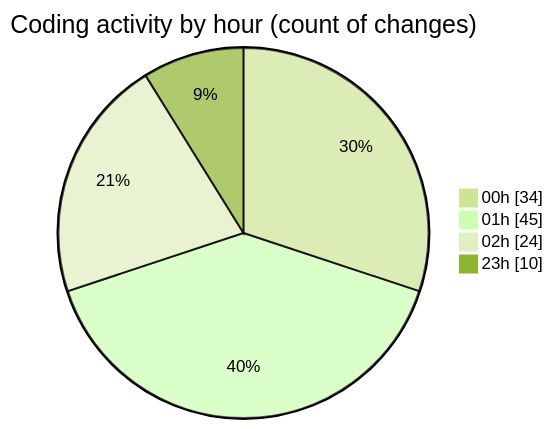
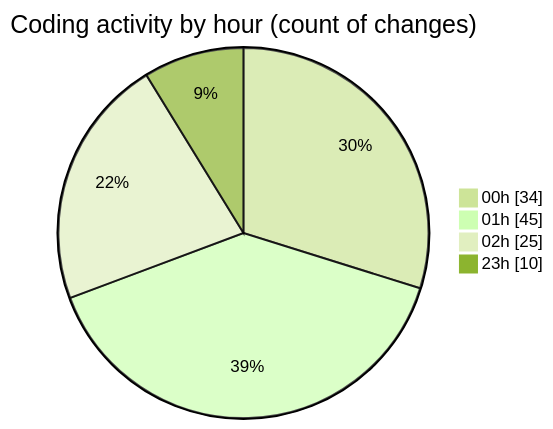
One commit to lephambinh05/code-tracking changed the second of 2 diagrams in 2025-07-15/nhahang/README.md. Above: the diagram before and after it, drawn with Mermaid (forest theme). The commit also changed other lines of this file and 1 other file, not shown here.

````diff
--- a/2025-07-15/nhahang/README.md
+++ b/2025-07-15/nhahang/README.md
@@ -84,8 +85,8 @@
 ```mermaid
 pie showData
 title Coding activity by hour (count of changes)
 "00h" : 34
 "01h" : 45
-"02h" : 24
+"02h" : 25
 "23h" : 10
 ```
````
